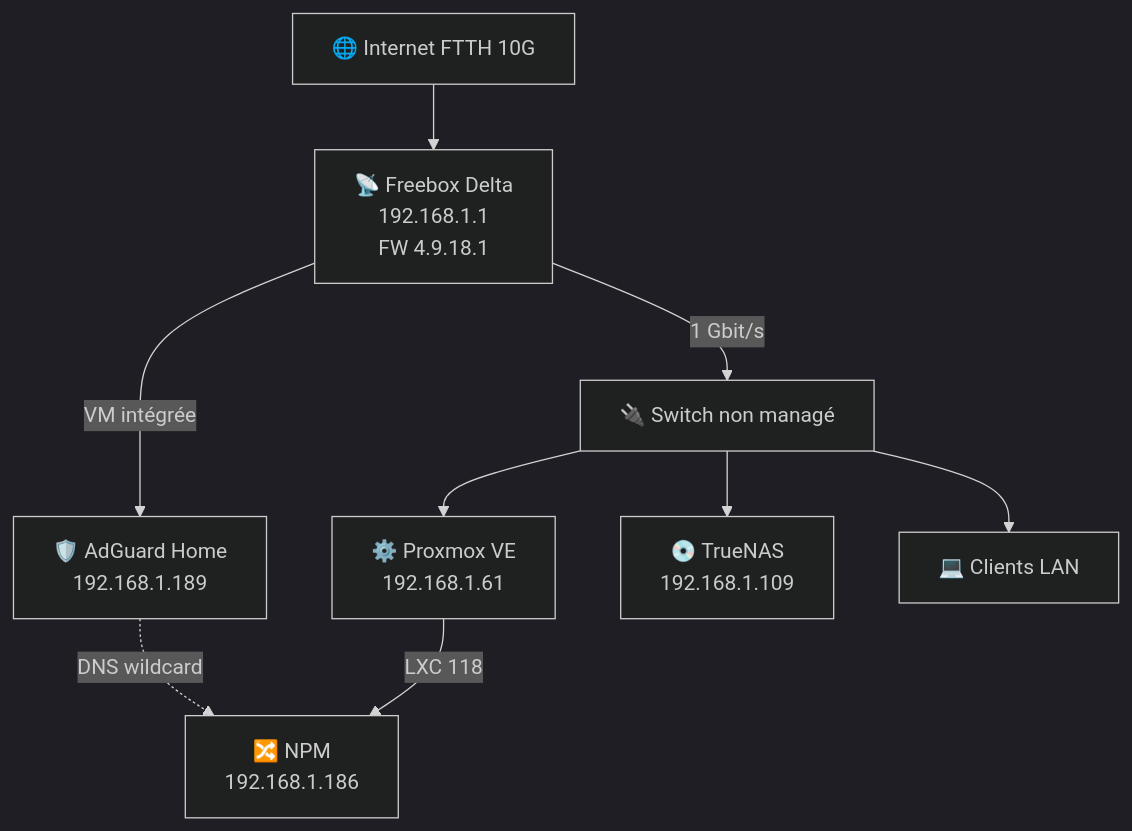
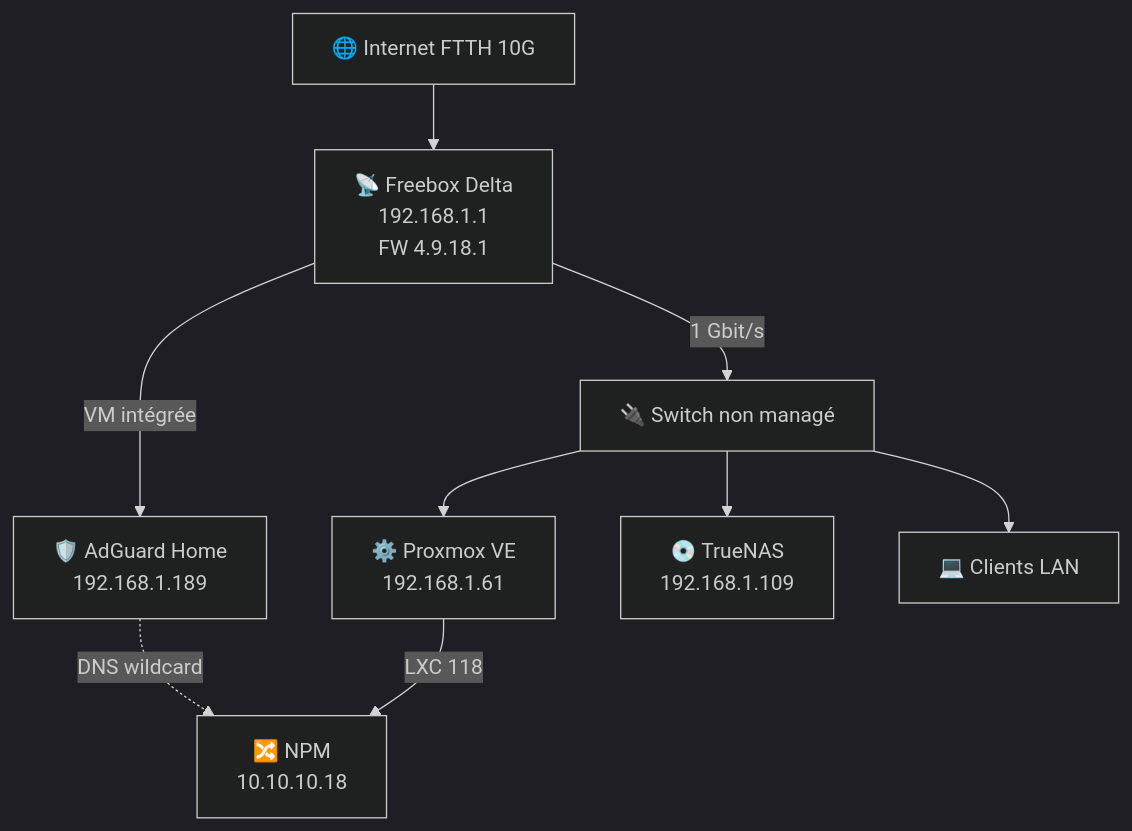
The diagram in hardware/network.md (Kyworn/ZorkoLab), drawn with Mermaid (dark theme) before and after one commit. The commit also changed other lines of this file and 6 other files, not shown here.

Commit message:
docs: update container IPs across all architectural documents

````diff
--- a/hardware/network.md
+++ b/hardware/network.md
@@ -65,12 +65,12 @@
 ```mermaid
 graph TD
     INET[🌐 Internet FTTH 10G] --> FBX
     FBX[📡 Freebox Delta<br/>192.168.1.1<br/>FW 4.9.18.1]
     FBX --> |VM intégrée| AG[🛡️ AdGuard Home<br/>192.168.1.189]
     FBX --> |1 Gbit/s| SW[🔌 Switch non managé]
     SW --> PVE[⚙️ Proxmox VE<br/>192.168.1.61]
     SW --> TN[💿 TrueNAS<br/>192.168.1.109]
     SW --> CLI[💻 Clients LAN]
-    PVE --> |LXC 118| NPM[🔀 NPM<br/>192.168.1.186]
+    PVE --> |LXC 118| NPM[🔀 NPM<br/>10.10.10.18]
     AG -.DNS wildcard.-> NPM
 ```
````
